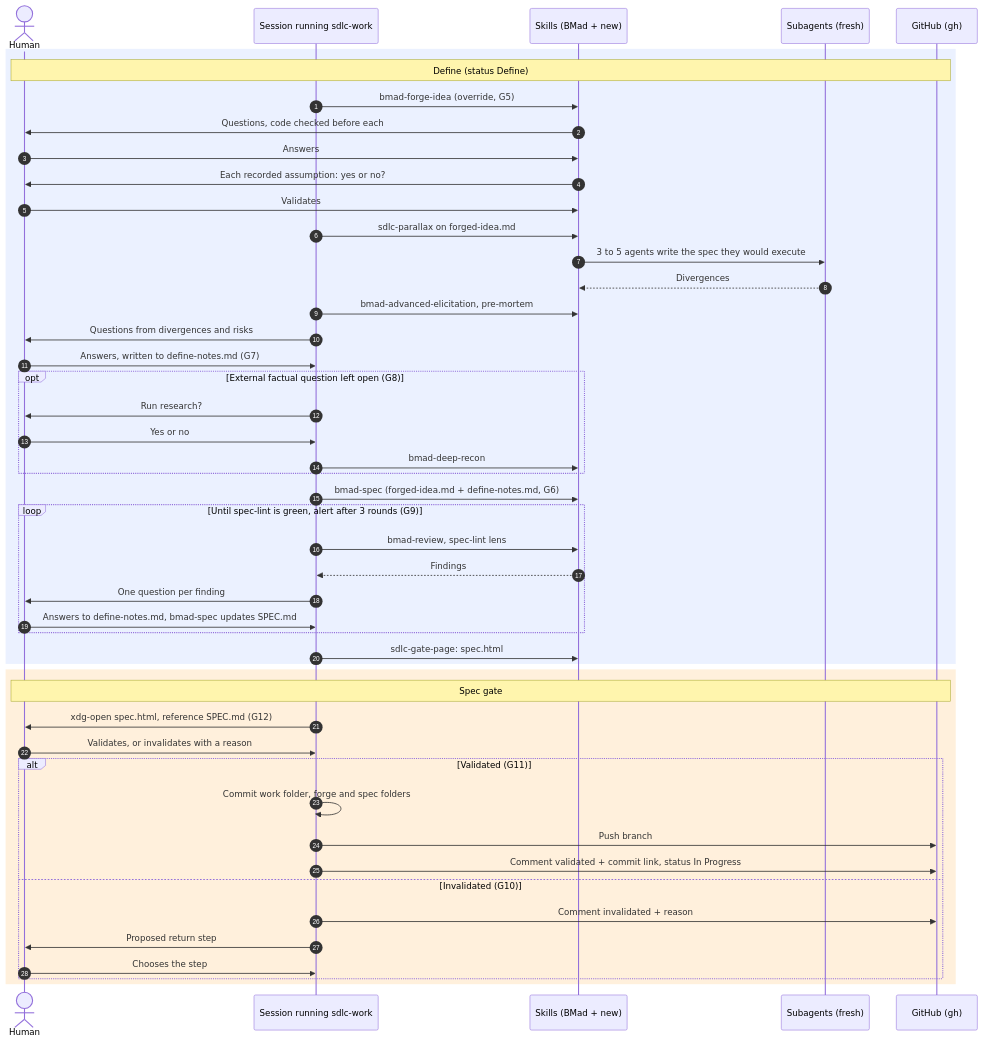
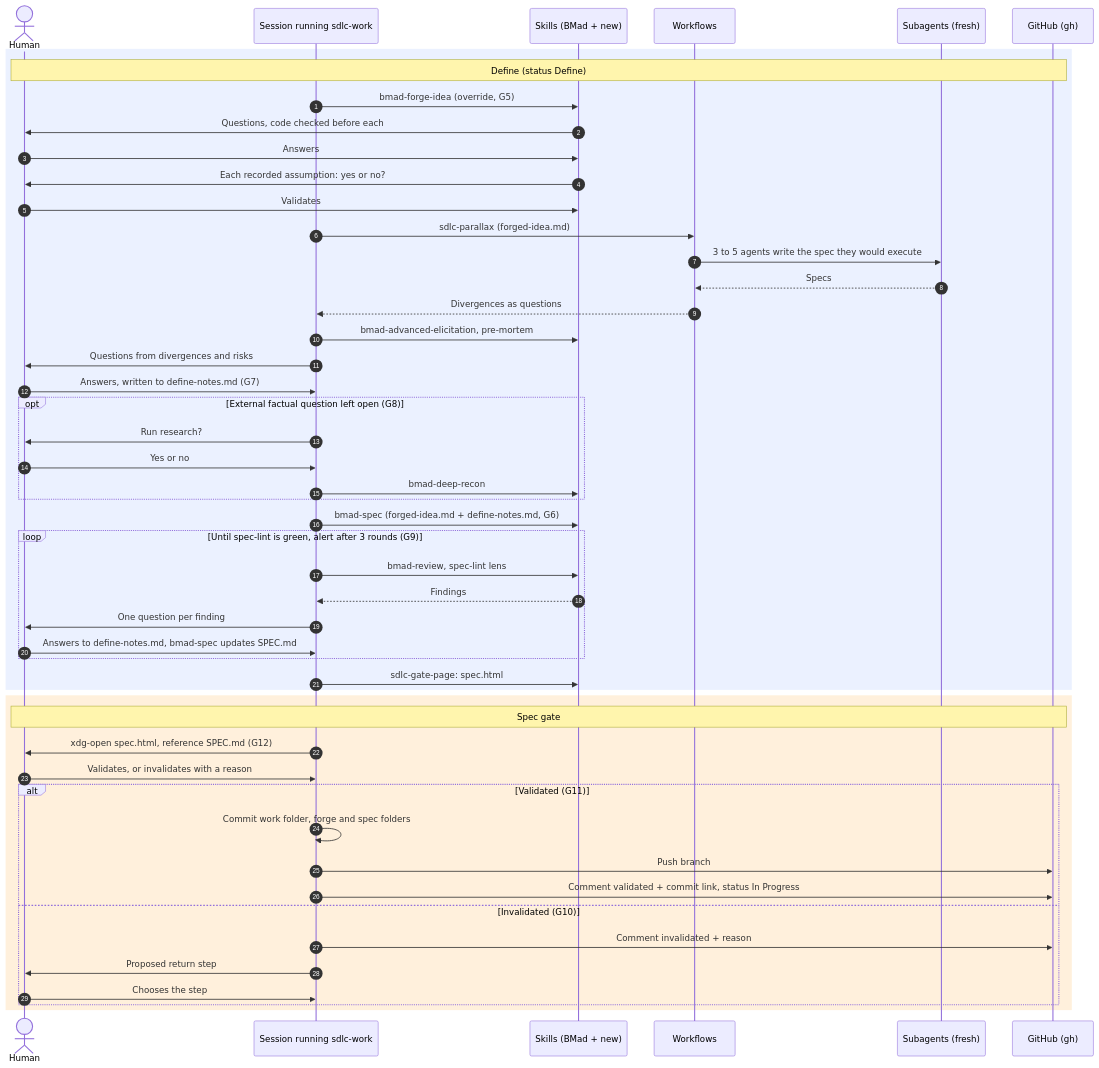
Before and after one commit to mathieubodin/scaleway-manager: the second of 4 diagrams in _bmad-output/brainstorming/brainstorm-sdlc-local-workflow-2026-10-16/sequence-long-process.md, drawn with Mermaid. The commit also changed other lines of this file and 3 other files, not shown here.

````diff
--- a/_bmad-output/brainstorming/brainstorm-sdlc-local-workflow-2026-10-16/sequence-long-process.md
+++ b/_bmad-output/brainstorming/brainstorm-sdlc-local-workflow-2026-10-16/sequence-long-process.md
@@ -56,52 +57,54 @@
 ```mermaid
 sequenceDiagram
     autonumber
     actor H as Human
     participant W as Session running sdlc-work
     participant K as Skills (BMad + new)
+    participant F as Workflows
     participant A as Subagents (fresh)
     participant G as GitHub (gh)
 
     rect rgba(120, 160, 255, 0.15)
     Note over H,G: Define (status Define)
     W->>K: bmad-forge-idea (override, G5)
     K->>H: Questions, code checked before each
     H->>K: Answers
     K->>H: Each recorded assumption: yes or no?
     H->>K: Validates
-    W->>K: sdlc-parallax on forged-idea.md
-    K->>A: 3 to 5 agents write the spec they would execute
-    A-->>K: Divergences
+    W->>F: sdlc-parallax (forged-idea.md)
+    F->>A: 3 to 5 agents write the spec they would execute
+    A-->>F: Specs
+    F-->>W: Divergences as questions
     W->>K: bmad-advanced-elicitation, pre-mortem
     W->>H: Questions from divergences and risks
     H->>W: Answers, written to define-notes.md (G7)
     opt External factual question left open (G8)
         W->>H: Run research?
         H->>W: Yes or no
         W->>K: bmad-deep-recon
     end
     W->>K: bmad-spec (forged-idea.md + define-notes.md, G6)
     loop Until spec-lint is green, alert after 3 rounds (G9)
         W->>K: bmad-review, spec-lint lens
         K-->>W: Findings
         W->>H: One question per finding
         H->>W: Answers to define-notes.md, bmad-spec updates SPEC.md
     end
     W->>K: sdlc-gate-page: spec.html
     end
 
     rect rgba(255, 180, 80, 0.2)
     Note over H,G: Spec gate
     W->>H: xdg-open spec.html, reference SPEC.md (G12)
     H->>W: Validates, or invalidates with a reason
     alt Validated (G11)
         W->>W: Commit work folder, forge and spec folders
         W->>G: Push branch
         W->>G: Comment validated + commit link, status In Progress
     else Invalidated (G10)
         W->>G: Comment invalidated + reason
         W->>H: Proposed return step
         H->>W: Chooses the step
     end
     end
 ```
````
